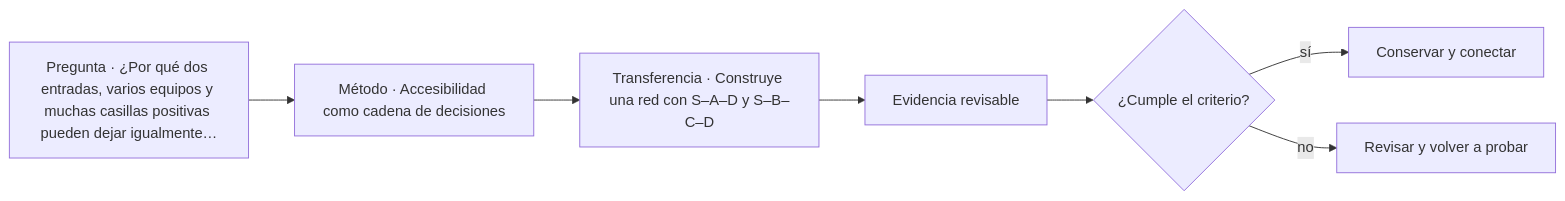
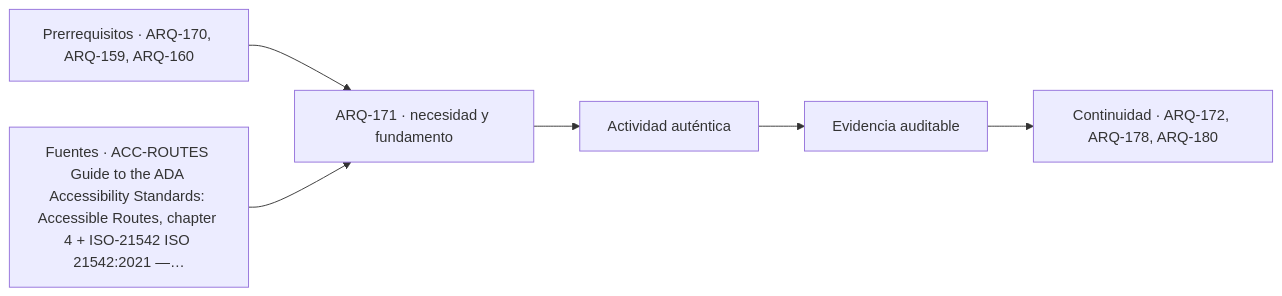
The diagram in classes/parte-18/ARQ-171.md (vladimiracunadev-create/architecture-built-environment-learning-program), drawn with Mermaid before and after one commit. The commit also changed other lines of this file and 761 other files, not shown here.

````diff
--- a/classes/parte-18/ARQ-171.md
+++ b/classes/parte-18/ARQ-171.md
@@ -112,9 +124,8 @@
 ```mermaid
 flowchart LR
-    Q["Pregunta · ¿Por qué dos entradas, varios equipos y muchas casillas positivas pueden dejar igualmente…"] --> M["Método · Accesibilidad como cadena de decisiones"]
-    M --> P["Transferencia · Construye una red con S–A–D y S–B–C–D"]
-    P --> E["Evidencia revisable"]
-    E --> C{"¿Cumple el criterio?"}
-    C -->|sí| T["Conservar y conectar"]
-    C -->|no| R["Revisar y volver a probar"]
+    A["Prerrequisitos · ARQ-170, ARQ-159, ARQ-160"] --> B["ARQ-171 · necesidad y fundamento"]
+    S["Fuentes · ACC-ROUTES Guide to the ADA Accessibility Standards: Accessible Routes, chapter 4 + ISO-21542 ISO 21542:2021 —…"] --> B
+    B --> C["Actividad auténtica"]
+    C --> D["Evidencia auditable"]
+    D --> E["Continuidad · ARQ-172, ARQ-178, ARQ-180"]
 ```
````
